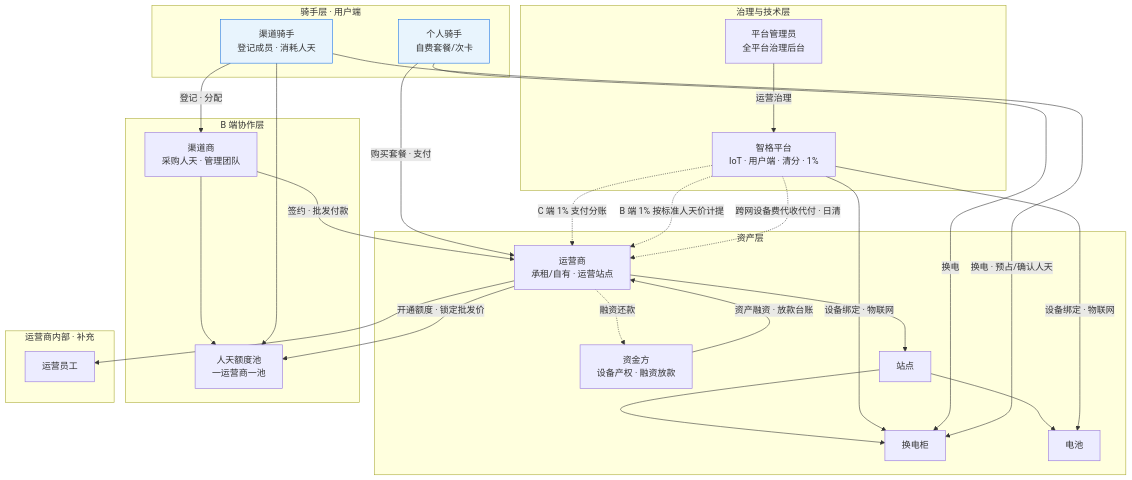
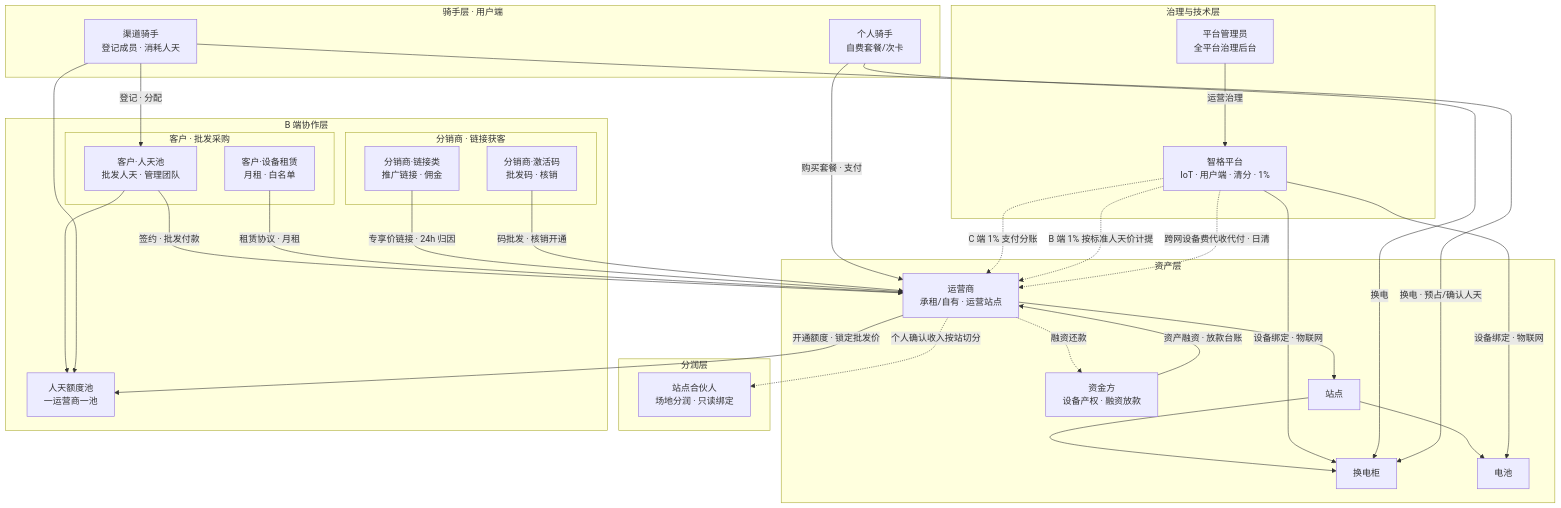
The first of 6 diagrams in docs/业务整体预览图.md (liudali/rider-swap-operator-prototype), drawn with Mermaid before and after one commit. The commit also changed other lines of this file and 68 other files, not shown here.

Commit message:
同步在线版：骑手端平铺流程、文档图高清下载、资金流图购套餐清分。

````diff
--- a/docs/业务整体预览图.md
+++ b/docs/业务整体预览图.md
@@ -39,55 +169,55 @@
 ```mermaid
 flowchart TB
   subgraph gov [治理与技术层]
     Admin["平台管理员<br/>全平台治理后台"]
     Plat["智格平台<br/>IoT · 用户端 · 清分 · 1%"]
     Admin -->|运营治理| Plat
   end
-
   subgraph asset [资产层]
     Lease["资金方<br/>设备产权 · 融资放款"]
     OP["运营商<br/>承租/自有 · 运营站点"]
     Site["站点"]
     Cab["换电柜"]
     Bat["电池"]
     Lease -->|资产融资 · 放款台账| OP
     OP --> Site
     Site --> Cab
     Site --> Bat
     Plat -->|设备绑定 · 物联网| Cab
     Plat -->|设备绑定 · 物联网| Bat
   end
-
+  subgraph partner [分润层]
+    SP["站点合伙人<br/>场地分润 · 只读绑定"]
+    OP -.->|个人确认收入按站切分| SP
+  end
   subgraph b2b [B 端协作层]
-    CH["渠道商<br/>采购人天 · 管理团队"]
+    subgraph clients [客户 · 批发采购]
+      CH1["客户·人天池<br/>批发人天 · 管理团队"]
+      CH3["客户·设备租赁<br/>月租 · 白名单"]
+    end
+    subgraph dist [分销商 · 链接获客]
+      CH2["分销商·链接类<br/>推广链接 · 佣金"]
+      CH4["分销商·激活码<br/>批发码 · 核销"]
+    end
     Pool["人天额度池<br/>一运营商一池"]
-    CH -->|签约 · 批发付款| OP
-    CH --> Pool
+    CH1 -->|签约 · 批发付款| OP
+    CH1 --> Pool
+    CH3 -->|租赁协议 · 月租| OP
     OP -->|开通额度 · 锁定批发价| Pool
+    CH2 -->|专享价链接 · 24h 归因| OP
+    CH4 -->|码批发 · 核销开通| OP
   end
-
   subgraph riders [骑手层 · 用户端]
     R1["个人骑手<br/>自费套餐/次卡"]
     R2["渠道骑手<br/>登记成员 · 消耗人天"]
   end
-
-  subgraph op_inner [运营商内部 · 补充]
-    Staff["运营员工"]
-    OP --> Staff
-  end
-
   R1 -->|购买套餐 · 支付| OP
   R1 -->|换电| Cab
-  R2 -->|登记 · 分配| CH
+  R2 -->|登记 · 分配| CH1
   R2 -->|换电 · 预占/确认人天| Cab
   R2 --> Pool
-
   Plat -.->|C 端 1% 支付分账| OP
   Plat -.->|B 端 1% 按标准人天价计提| OP
   Plat -.->|跨网设备费代收代付 · 日清| OP
   OP -.->|融资还款| Lease
-
-  classDef rider fill:#e8f4fd,stroke:#1a73e8
-  classDef money stroke-dasharray:5 5
-  class R1,R2 rider
 ```
````
